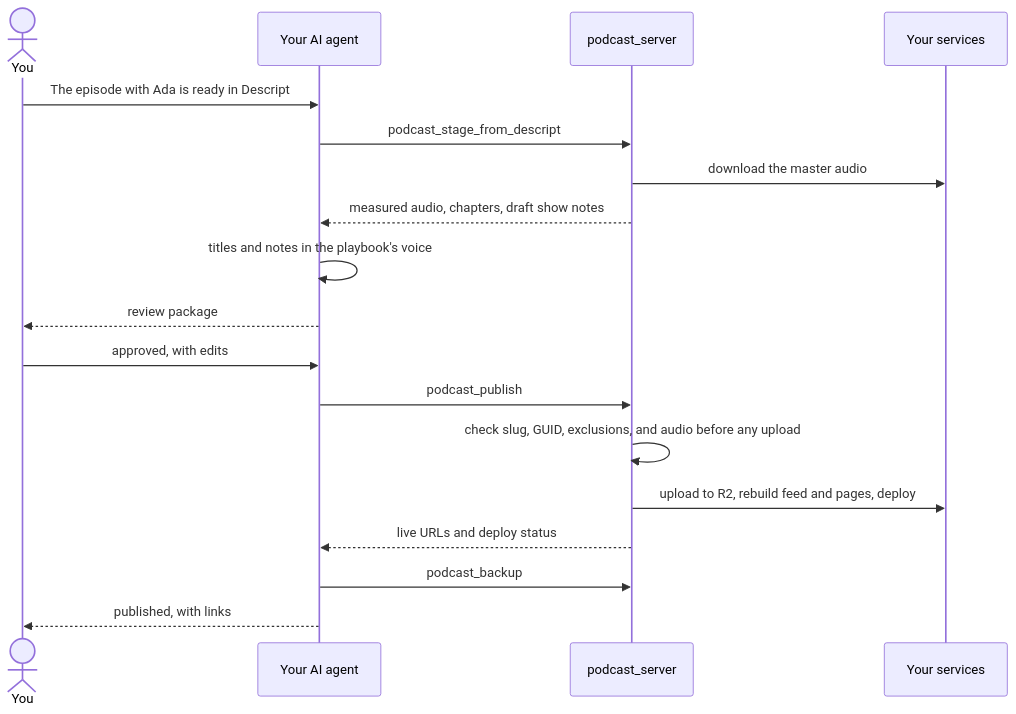
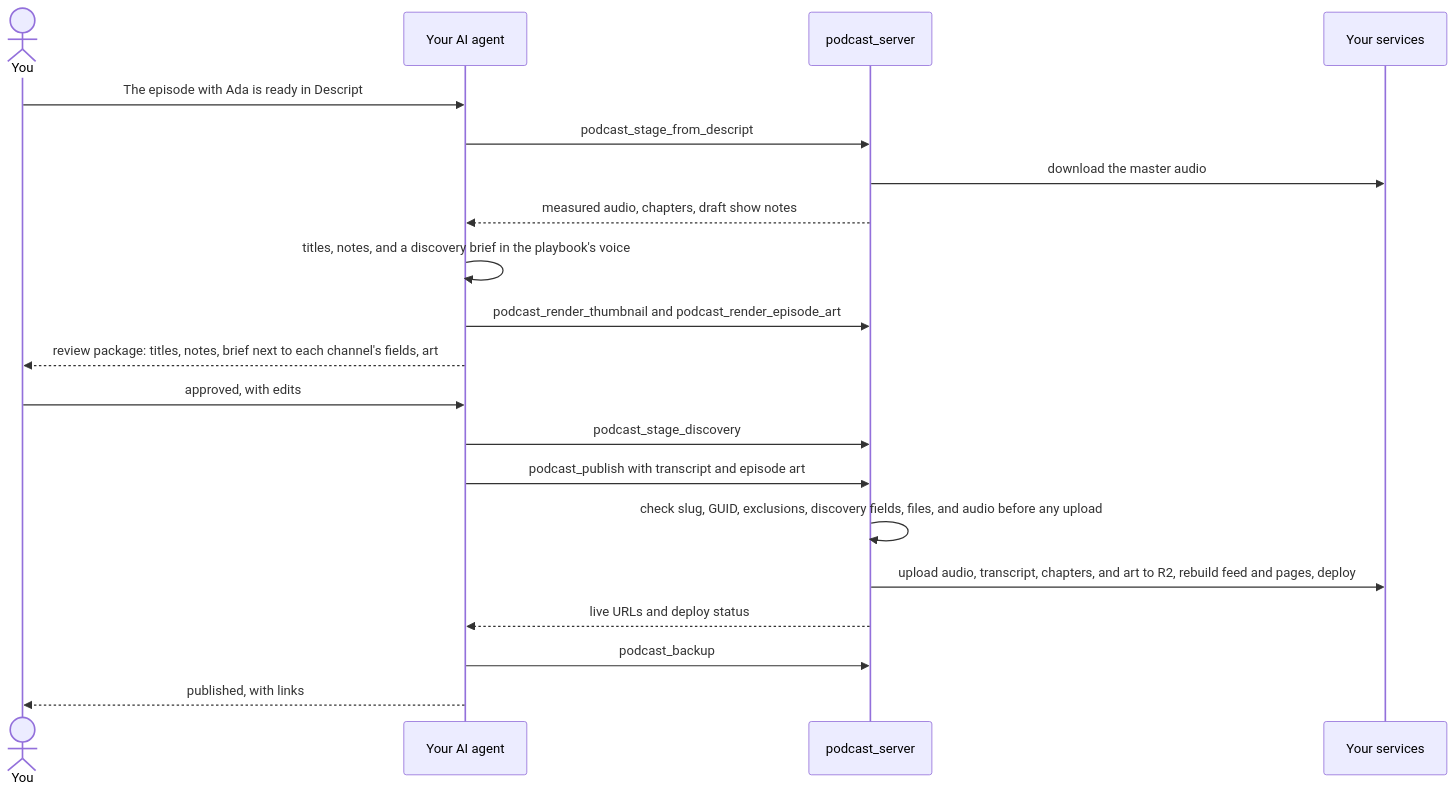
Before and after one commit to harpreetsahota204/podcast_server: the third of 4 diagrams in README.md, drawn with Mermaid. The commit also changed other lines of this file and 33 other files, not shown here.

Commit message:
Add discovery gates and briefs, square episode art generation, Substack newsletter drafting and sync pipeline, agent channel capabilities introspection, and dev.to publishing support.

````diff
--- a/README.md
+++ b/README.md
@@ -128,20 +128,22 @@
 ```mermaid
 sequenceDiagram
     actor You
     participant Agent as Your AI agent
     participant MCP as podcast_server
     participant Svc as Your services
     You->>Agent: The episode with Ada is ready in Descript
     Agent->>MCP: podcast_stage_from_descript
     MCP->>Svc: download the master audio
     MCP-->>Agent: measured audio, chapters, draft show notes
-    Agent->>Agent: titles and notes in the playbook's voice
-    Agent-->>You: review package
+    Agent->>Agent: titles, notes, and a discovery brief in the playbook's voice
+    Agent->>MCP: podcast_render_thumbnail and podcast_render_episode_art
+    Agent-->>You: review package: titles, notes, brief next to each channel's fields, art
     You->>Agent: approved, with edits
-    Agent->>MCP: podcast_publish
-    MCP->>MCP: check slug, GUID, exclusions, and audio before any upload
-    MCP->>Svc: upload to R2, rebuild feed and pages, deploy
+    Agent->>MCP: podcast_stage_discovery
+    Agent->>MCP: podcast_publish with transcript and episode art
+    MCP->>MCP: check slug, GUID, exclusions, discovery fields, files, and audio before any upload
+    MCP->>Svc: upload audio, transcript, chapters, and art to R2, rebuild feed and pages, deploy
     MCP-->>Agent: live URLs and deploy status
     Agent->>MCP: podcast_backup
     Agent-->>You: published, with links
 ```
````
